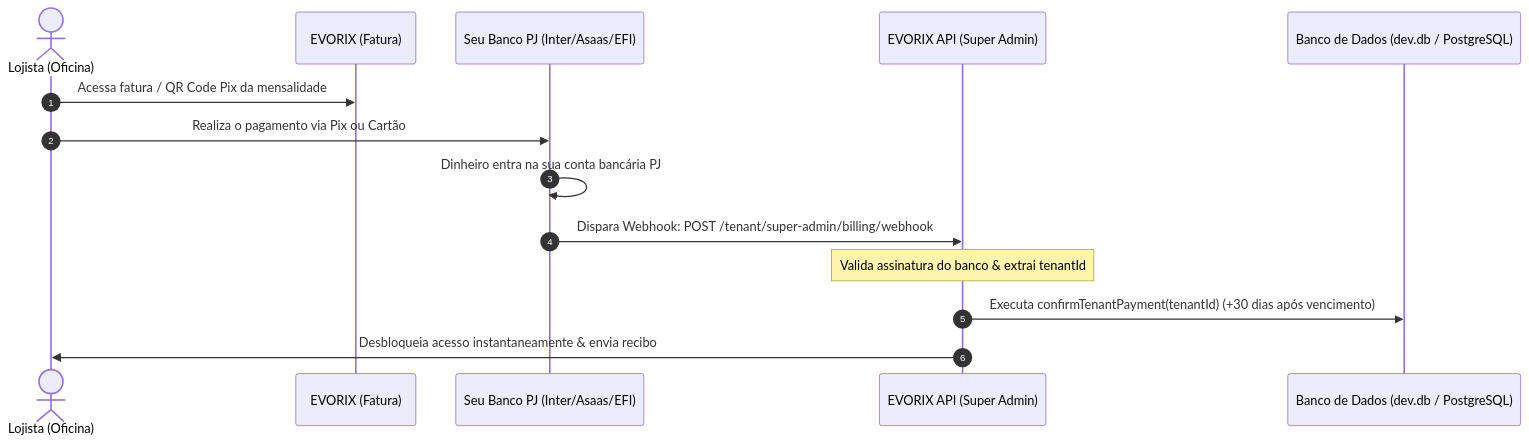
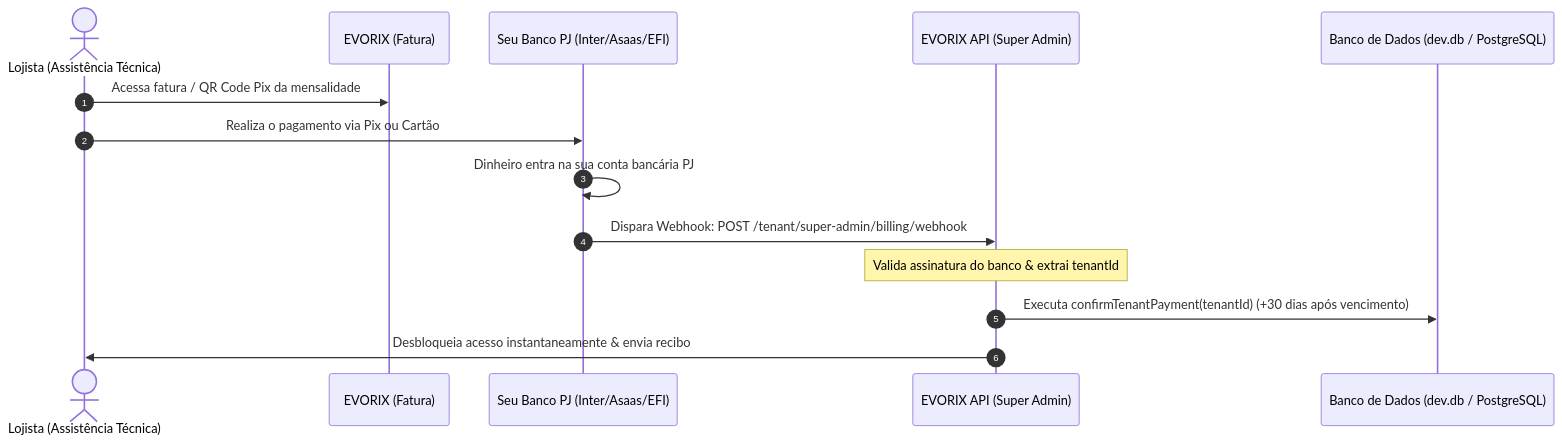
The diagram in BILLING_AND_BANK_SYNC_INTEGRATION.md (rapha-e/torxos-), drawn with Mermaid before and after one commit. The commit also changed other lines of this file and 37 other files, not shown here.

````diff
--- a/BILLING_AND_BANK_SYNC_INTEGRATION.md
+++ b/BILLING_AND_BANK_SYNC_INTEGRATION.md
@@ -72,17 +72,17 @@
 ```mermaid
 sequenceDiagram
     autonumber
-    actor Lojista as Lojista (Oficina)
+    actor Lojista as Lojista (Assistência Técnica)
     participant App as EVORIX (Fatura)
     participant Banco as Seu Banco PJ (Inter/Asaas/EFI)
     participant Webhook as EVORIX API (Super Admin)
     participant DB as Banco de Dados (dev.db / PostgreSQL)
 
     Lojista->>App: Acessa fatura / QR Code Pix da mensalidade
     Lojista->>Banco: Realiza o pagamento via Pix ou Cartão
     Banco->>Banco: Dinheiro entra na sua conta bancária PJ
     Banco->>Webhook: Dispara Webhook: POST /tenant/super-admin/billing/webhook
     Note over Webhook: Valida assinatura do banco & extrai tenantId
     Webhook->>DB: Executa confirmTenantPayment(tenantId) (+30 dias após vencimento)
     Webhook->>Lojista: Desbloqueia acesso instantaneamente & envia recibo
 ```
````
